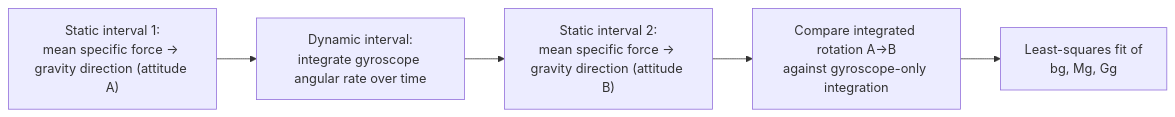
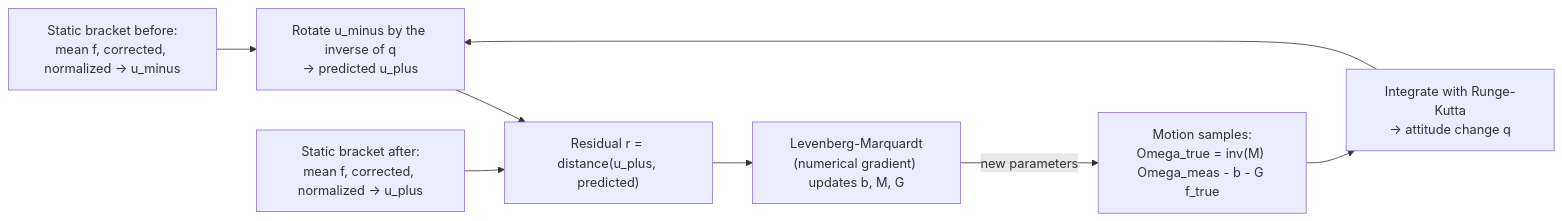
One commit to albertoirurueta/irurueta-navigation-inertial changed the diagram in docs/modules/ROOT/pages/calibration/gyroscope.adoc. Above: the diagram before and after it, drawn with Mermaid. The commit also changed other lines of this file and 25 other files, not shown here.

First line of the commit message:
Improve documentation with detailed equations, diagrams and calibration algorithms (#38)

```diff
--- a/docs/modules/ROOT/pages/calibration/gyroscope.adoc
+++ b/docs/modules/ROOT/pages/calibration/gyroscope.adoc
@@ -117,8 +326,11 @@
 [mermaid]
 ....
 flowchart LR
-    S1["Static interval 1:\nmean specific force -> gravity direction (attitude A)"] --> M["Dynamic interval:\nintegrate gyroscope angular rate over time"]
-    M --> S2["Static interval 2:\nmean specific force -> gravity direction (attitude B)"]
-    S2 --> C["Compare integrated rotation A->B\nagainst gyroscope-only integration"]
-    C --> D["Least-squares fit of\nbg, Mg, Gg"]
+    S1["Static bracket before:<br/>mean f, corrected, normalized -> u_minus"] --> R["Rotate u_minus by the inverse of q<br/>-> predicted u_plus"]
+    M["Motion samples:<br/>Omega_true = inv(M) Omega_meas - b - G f_true"] --> I["Integrate with Runge-Kutta<br/>-> attitude change q"]
+    I --> R
+    R --> C["Residual r = distance(u_plus, predicted)"]
+    S2["Static bracket after:<br/>mean f, corrected, normalized -> u_plus"] --> C
+    C --> LM["Levenberg-Marquardt<br/>(numerical gradient) updates b, M, G"]
+    LM -->|"new parameters"| M
 ....
```
